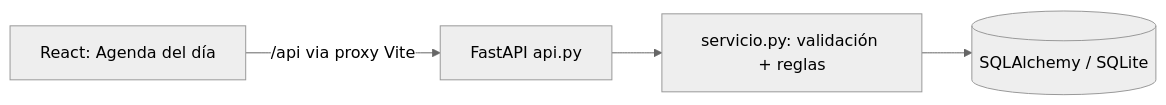
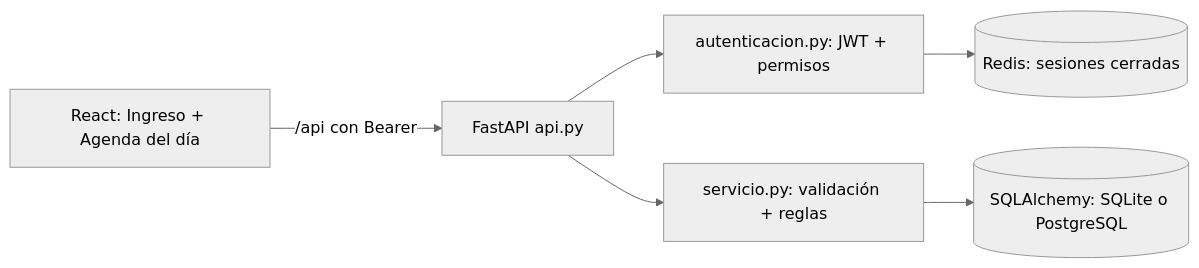
The diagram in knowledge-base/06_arquitectura.md (Nacho30/UTN-METODOLOGIA-TPI), drawn with Mermaid (neutral theme) before and after one commit. The commit also changed other lines of this file and 14 other files, not shown here.

````diff
--- a/knowledge-base/06_arquitectura.md
+++ b/knowledge-base/06_arquitectura.md
@@ -19,6 +20,8 @@
 ```mermaid
 graph LR
-  UI[React: Agenda del día] -- /api via proxy Vite --> API[FastAPI api.py]
+  UI[React: Ingreso + Agenda del día] -- /api con Bearer --> API[FastAPI api.py]
+  API --> AUTH[autenticacion.py: JWT + permisos]
+  AUTH --> R[(Redis: sesiones cerradas)]
   API --> S[servicio.py: validación + reglas]
-  S --> DB[(SQLAlchemy / SQLite)]
+  S --> DB[(SQLAlchemy: SQLite o PostgreSQL)]
 ```
````
